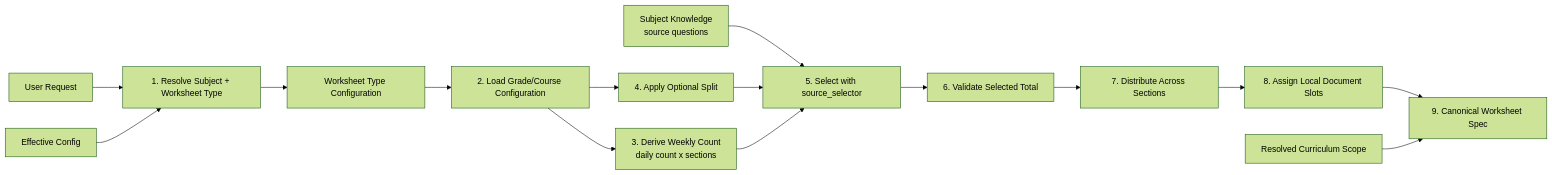
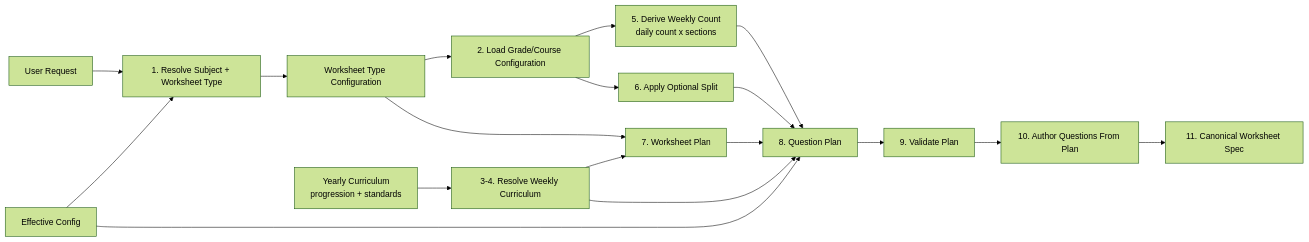
One commit to kpkchaitanya/mts-crossmodel changed the third of 6 diagrams in specs/generate_math_worksheets/03. design/design.md. Above: the diagram before and after it, drawn with Mermaid (forest theme). The commit also changed other lines of this file and 511 other files, not shown here.

````diff
--- a/specs/generate_math_worksheets/03. design/design.md
+++ b/specs/generate_math_worksheets/03. design/design.md
@@ -263,17 +265,20 @@
 ```mermaid
 flowchart LR
   REQ[User Request] --> ROUTE[1. Resolve Subject + Worksheet Type]
   ROUTE --> TYPE[Worksheet Type Configuration]
   TYPE --> GRADE[2. Load Grade/Course Configuration]
-  GRADE --> COUNTS[3. Derive Weekly Count<br/>daily count x sections]
-  GRADE --> SPLIT[4. Apply Optional Split]
-  KNOW[Subject Knowledge<br/>source questions] --> SELECT[5. Select with source_selector]
-  SPLIT --> SELECT
-  COUNTS --> SELECT
-  SELECT --> VALIDATE[6. Validate Selected Total]
-  VALIDATE --> DISTRIBUTE[7. Distribute Across Sections]
-  DISTRIBUTE --> SLOTS[8. Assign Local Document Slots]
-  SLOTS --> SPEC[9. Canonical Worksheet Spec]
+  KNOW[Yearly Curriculum<br/>progression + standards] --> WEEKLY[3-4. Resolve Weekly Curriculum]
+  GRADE --> COUNTS[5. Derive Weekly Count<br/>daily count x sections]
+  GRADE --> SPLIT[6. Apply Optional Split]
+  WEEKLY --> WPLAN[7. Worksheet Plan]
+  TYPE --> WPLAN
+  WPLAN --> QPLAN[8. Question Plan]
+  WEEKLY --> QPLAN
+  SPLIT --> QPLAN
+  COUNTS --> QPLAN
+  QPLAN --> VALIDATE[9. Validate Plan]
+  VALIDATE --> AUTHOR[10. Author Questions From Plan]
+  AUTHOR --> SPEC[11. Canonical Worksheet Spec]
   ECFG[Effective Config] --> ROUTE
-  CURRICULUM[Resolved Curriculum Scope] --> SPEC
+  ECFG --> QPLAN
 ```
````
